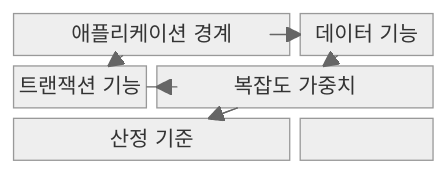
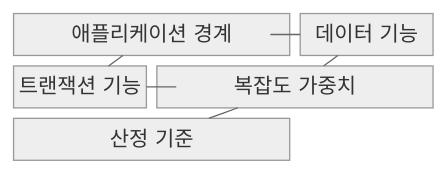
Before and after one commit to agnusdei1207/knowledge-base: the first of 2 diagrams in src/content/docs/notes/06-evaluation/034_fp_productivity.md, drawn with Mermaid (neutral theme). The commit also changed other lines of this file and 493 other files, not shown here.

````diff
--- a/src/content/docs/notes/06-evaluation/034_fp_productivity.md
+++ b/src/content/docs/notes/06-evaluation/034_fp_productivity.md
@@ -65,15 +65,13 @@
 ```mermaid
 block-beta
   columns 3
     B["애플리케이션 경계"]:2
     D["데이터 기능"] T["트랜잭션 기능"]
     W["복잡도 가중치"]:2
     R["산정 기준"]:2
-    B --> D
-    B --> T
-    D --> W
-    T --> W
-    W --> R
-  B --- D --- W
-  W --- R
+    B --- D
+    B --- T
+    D --- W
+    T --- W
+    W --- R
 ```
````
